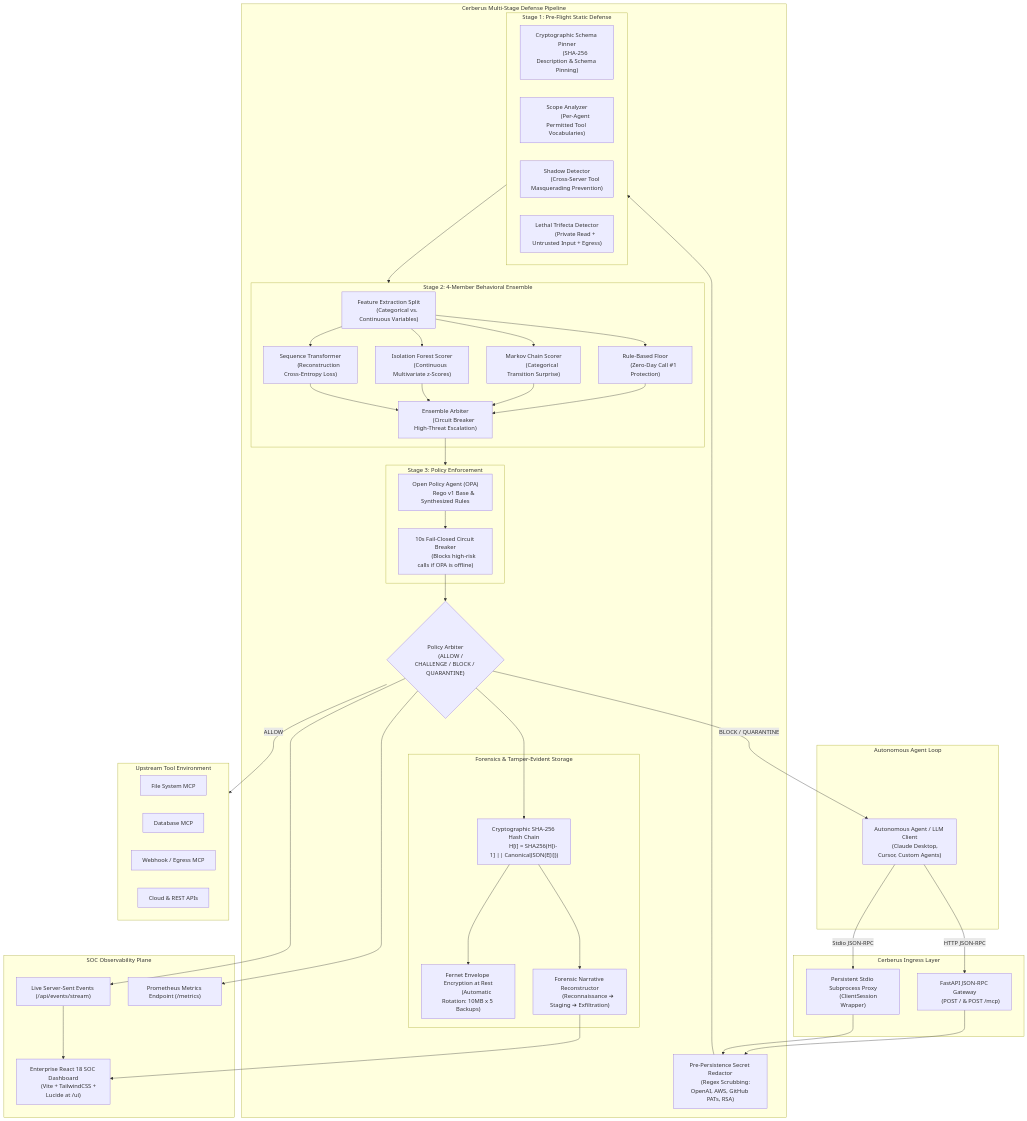
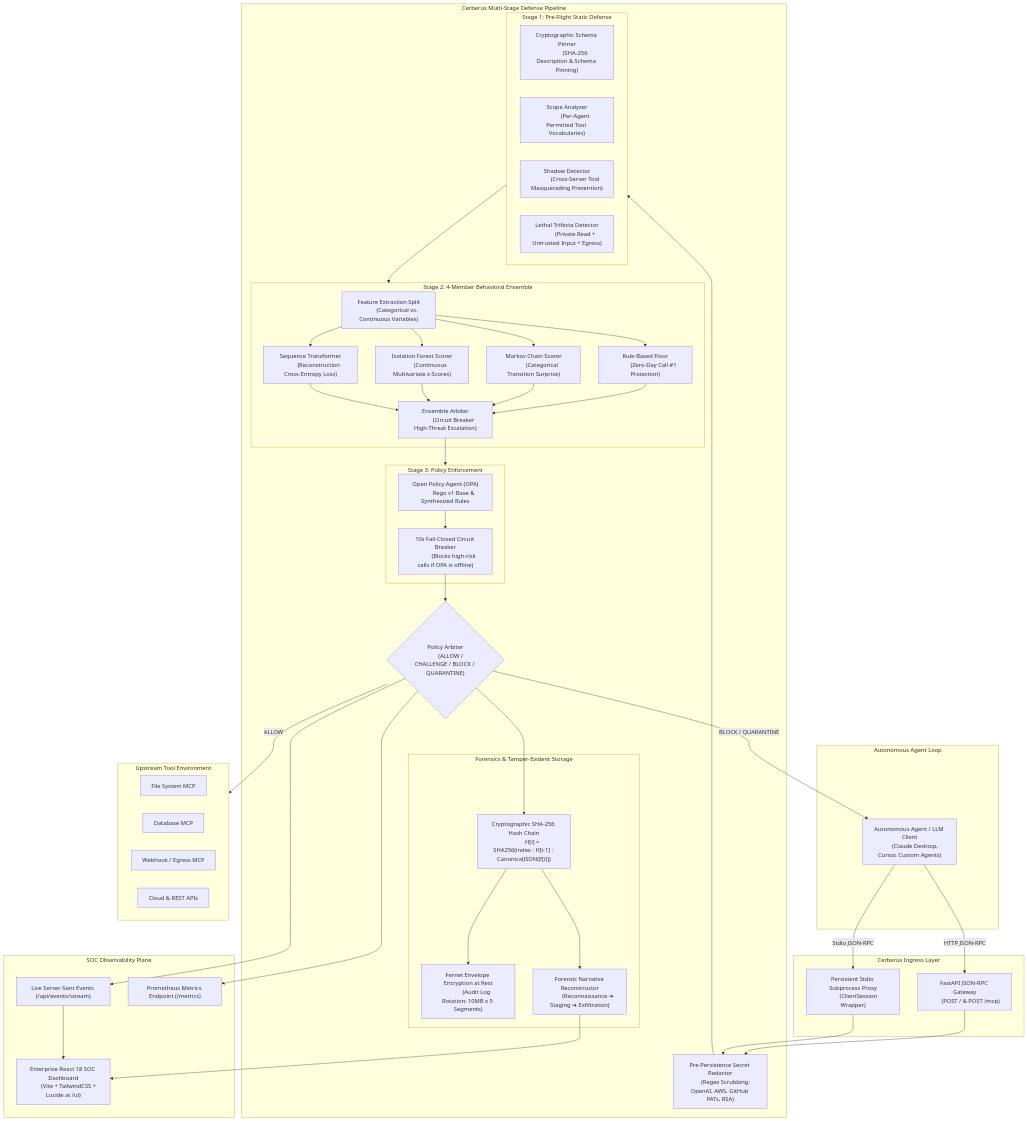
Before and after one commit to Debddj/Cerberus: the second of 5 diagrams in README.md, drawn with Mermaid. The commit also changed other lines of this file and 38 other files, not shown here.

```diff
--- a/README.md
+++ b/README.md
@@ -153,9 +156,9 @@
 
         subgraph AuditDefense["Forensics & Tamper-Evident Storage"]
             Ledger["Cryptographic SHA-256 Hash Chain
-            H[i] = SHA256(H[i-1] || CanonicalJSON(E[i]))"]
+            H[i] = SHA256(index : H[i-1] : CanonicalJSON(E[i]))"]
             Fernet["Fernet Envelope Encryption at Rest
-            (Automatic Rotation: 10MB x 5 Backups)"]
+            (Audit Log Rotation: 10MB x 5 Segments)"]
             Narrator["Forensic Narrative Reconstructor
             (Reconnaissance ➔ Staging ➔ Exfiltration)"]
         end
```
